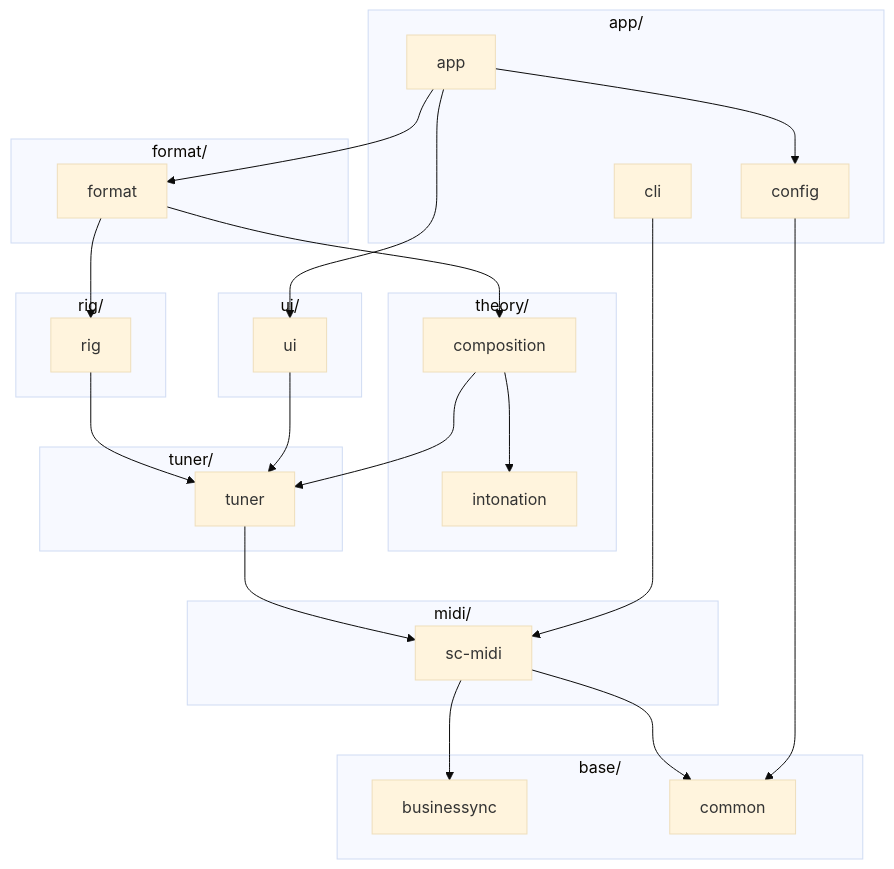
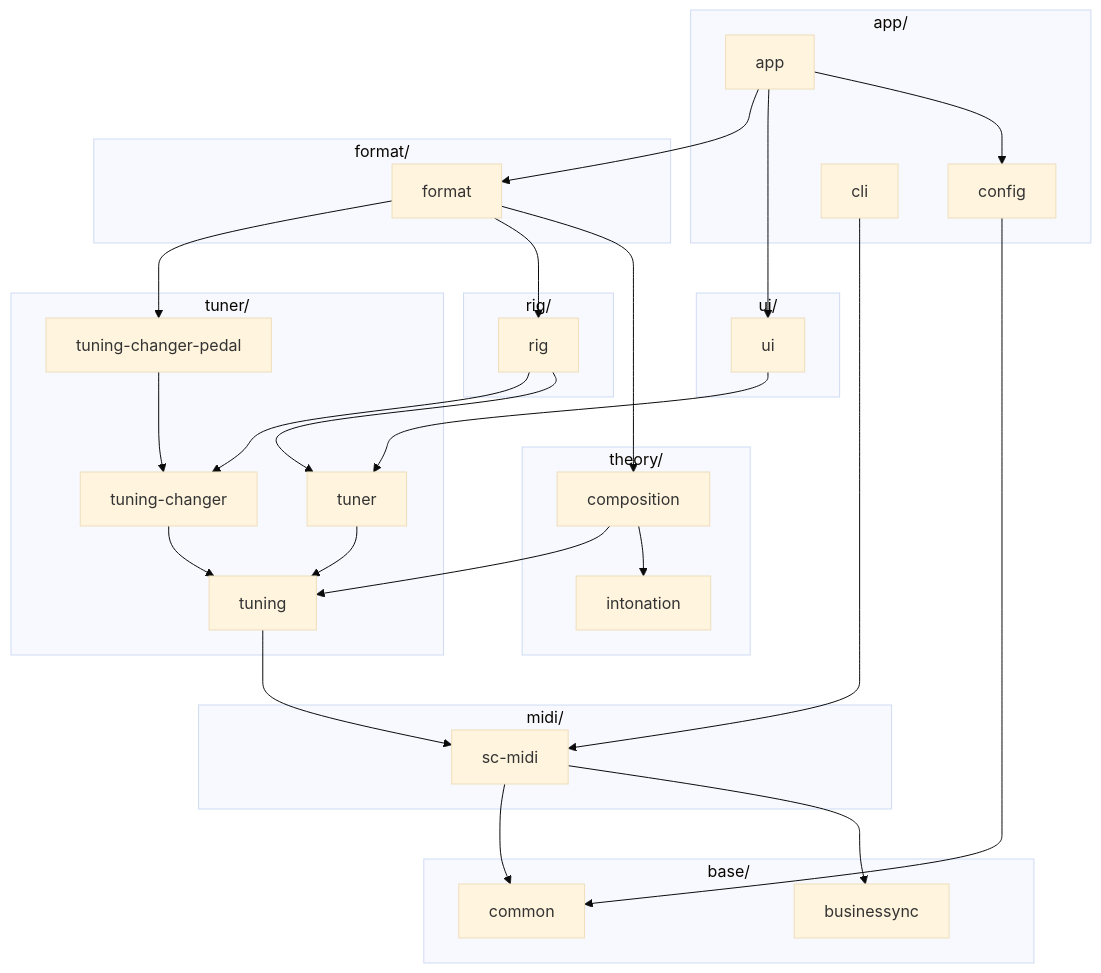
One commit to calinburloiu/microtonalist changed the diagram in docs/architecture/module-overview.md. Above: the diagram before and after it, drawn with Mermaid (base theme). The commit also changed other lines of this file and 5 other files, not shown here.

````diff
--- a/docs/architecture/module-overview.md
+++ b/docs/architecture/module-overview.md
@@ -41,40 +44,46 @@
 ```mermaid
 flowchart TD
   subgraph appGroup ["app/"]
     app
     config
     cli
   end
   subgraph uiGroup ["ui/"]
     ui
   end
   subgraph formatGroup ["format/"]
     format
   end
   subgraph rigGroup ["rig/"]
     rig
   end
   subgraph theoryGroup ["theory/"]
     composition
     intonation
   end
   subgraph tunerGroup ["tuner/"]
     tuner
+    tuningChanger["tuning-changer"]
+    tuningChangerPedal["tuning-changer-pedal"]
+    tuning
   end
   subgraph midiGroup ["midi/"]
     scMidi["sc-midi"]
   end
   subgraph baseGroup ["base/"]
     businessync
     common
   end
   app --> config & ui & format
-  format --> composition & rig
-  composition --> intonation & tuner
-  rig --> tuner
+  format --> composition & rig & tuningChangerPedal
+  composition --> intonation & tuning
+  rig --> tuner & tuningChanger
   ui --> tuner
-  tuner --> scMidi
+  tuningChangerPedal --> tuningChanger
+  tuner --> tuning
+  tuningChanger --> tuning
+  tuning --> scMidi
   cli --> scMidi
   scMidi --> businessync & common
   config --> common
 ```
````
